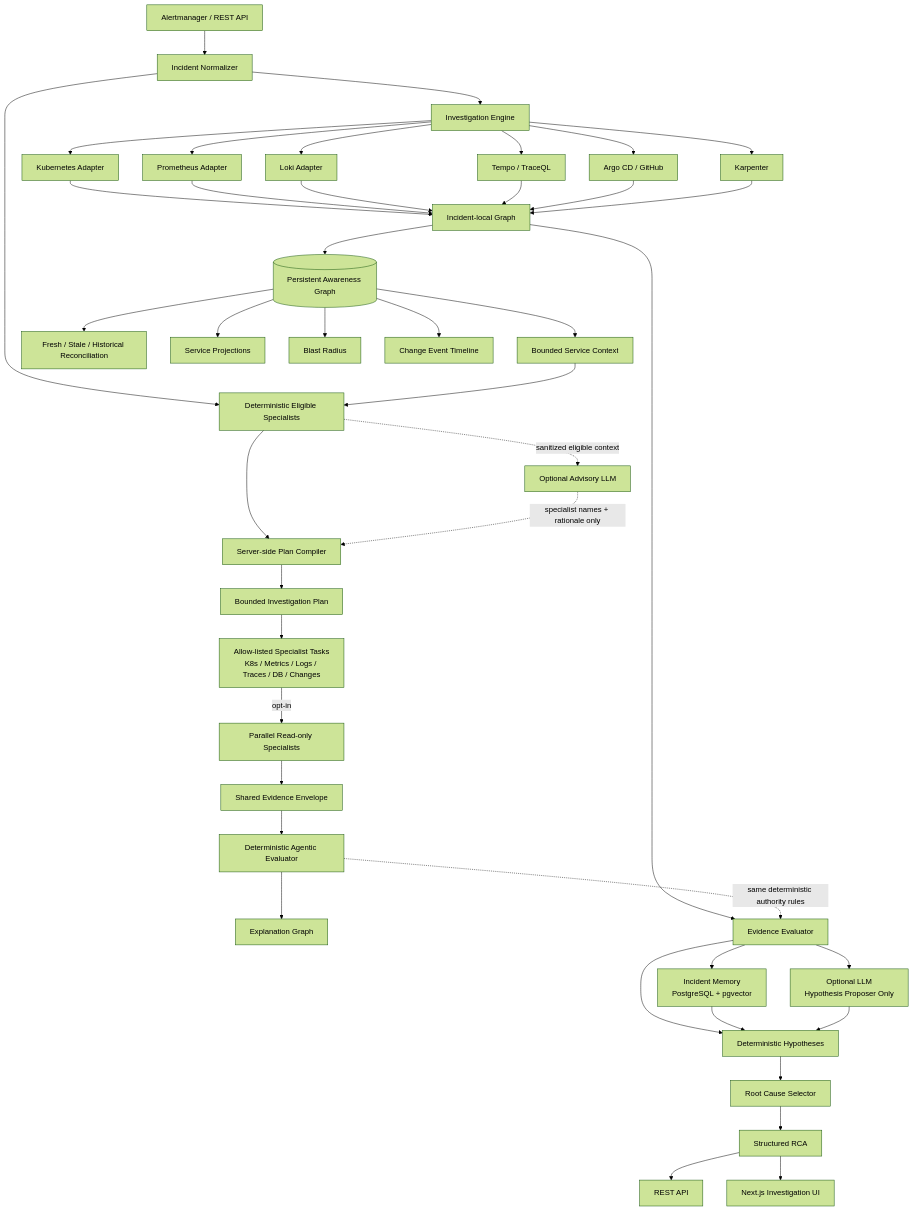
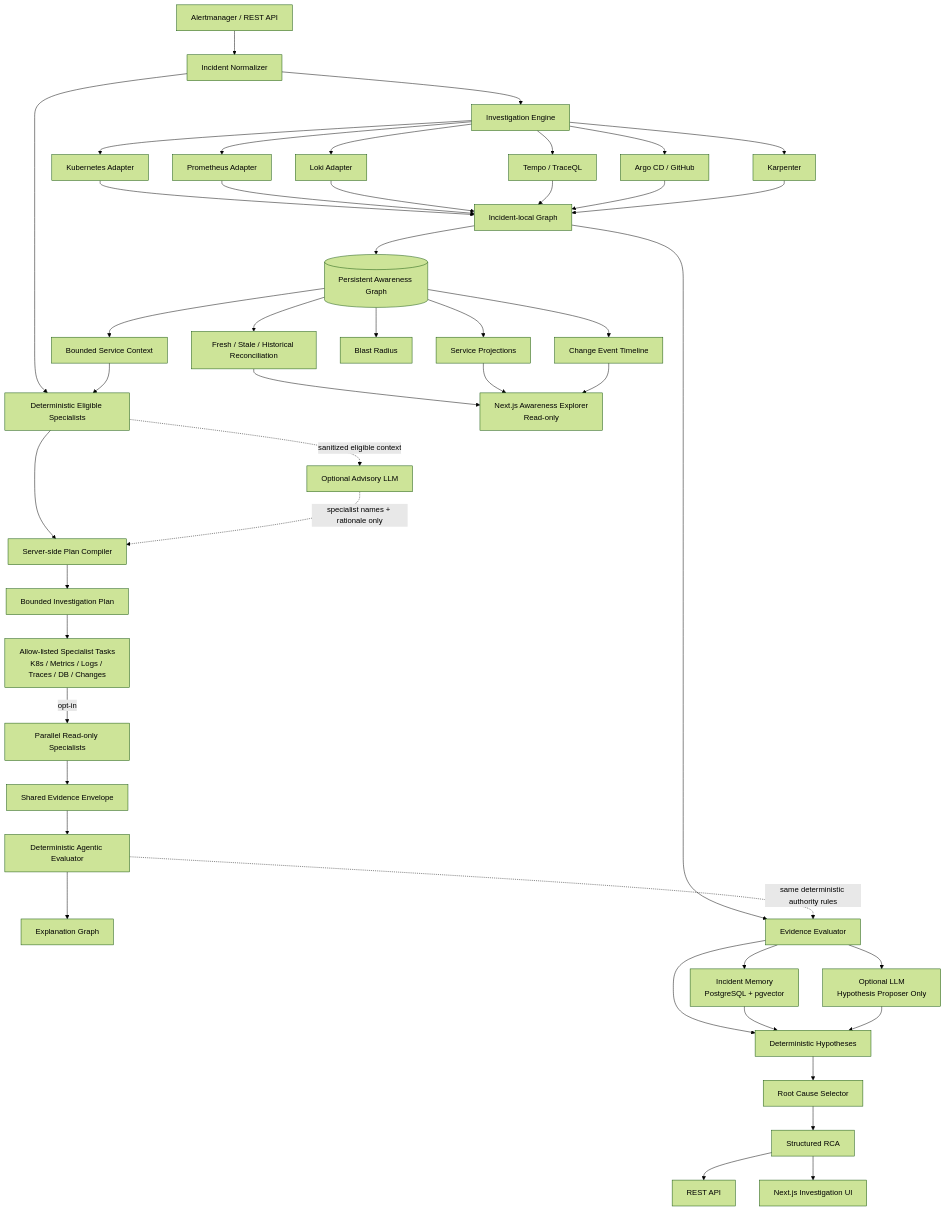
One commit to marcocristofolini/ai-sre-rca changed the first of 22 diagrams in docs/architecture.md. Above: the diagram before and after it, drawn with Mermaid (forest theme).

Commit message:
docs: add Awareness Explorer to architecture

````diff
--- a/docs/architecture.md
+++ b/docs/architecture.md
@@ -7,50 +7,53 @@
 ```mermaid
 flowchart TD
     A[Alertmanager / REST API] --> N[Incident Normalizer]
     N --> EL[Deterministic Eligible Specialists]
     N --> I[Investigation Engine]
 
     PAG[(Persistent Awareness Graph)] --> CTX[Bounded Service Context]
     CTX --> EL
     EL --> COMP[Server-side Plan Compiler]
     EL -. sanitized eligible context .-> MPL[Optional Advisory LLM]
     MPL -. specialist names + rationale only .-> COMP
     COMP --> PLAN[Bounded Investigation Plan]
     PLAN --> PT[Allow-listed Specialist Tasks<br/>K8s / Metrics / Logs / Traces / DB / Changes]
     PT -->|opt-in| ORCH[Parallel Read-only Specialists]
     ORCH --> SE[Shared Evidence Envelope]
     SE --> AE[Deterministic Agentic Evaluator]
     AE --> XG[Explanation Graph]
 
     I --> K[Kubernetes Adapter]
     I --> P[Prometheus Adapter]
     I --> L[Loki Adapter]
     I --> T[Tempo / TraceQL]
     I --> AR[Argo CD / GitHub]
     I --> KA[Karpenter]
 
     K --> LG[Incident-local Graph]
     P --> LG
     L --> LG
     T --> LG
     AR --> LG
     KA --> LG
 
     LG --> EV[Evidence Evaluator]
     AE -. same deterministic authority rules .-> EV
     LG --> PAG
     PAG --> REC[Fresh / Stale / Historical Reconciliation]
     PAG --> SV[Service Projections]
     PAG --> BR[Blast Radius]
     PAG --> CE[Change Event Timeline]
+    REC --> AUI[Next.js Awareness Explorer<br/>Read-only]
+    SV --> AUI
+    CE --> AUI
 
     EV --> H[Deterministic Hypotheses]
     EV --> MEM[Incident Memory<br/>PostgreSQL + pgvector]
     EV --> LLM[Optional LLM<br/>Hypothesis Proposer Only]
     MEM --> H
     LLM --> H
     H --> RC[Root Cause Selector]
     RC --> RCA[Structured RCA]
     RCA --> API[REST API]
     RCA --> UI[Next.js Investigation UI]
 ```
````
